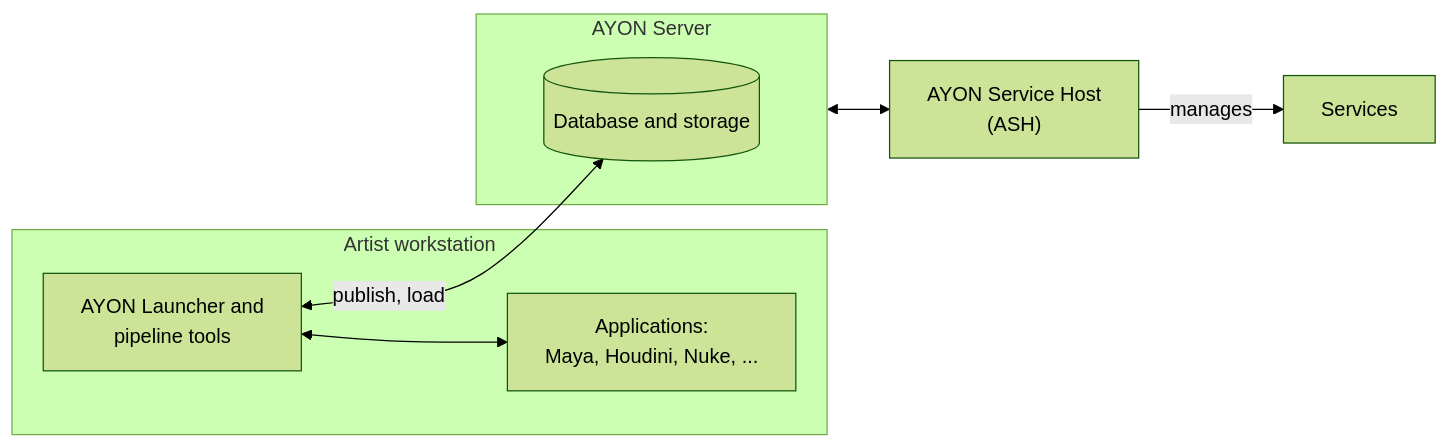
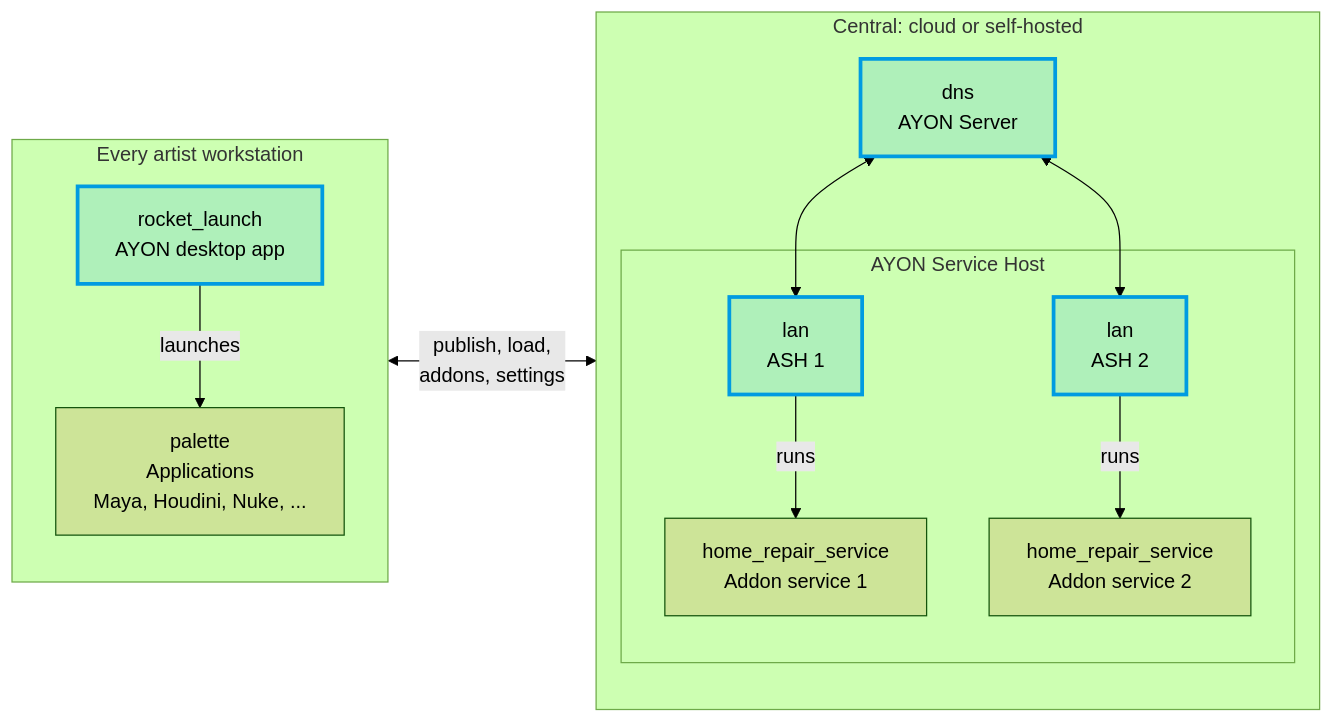
The diagram in website/docs/ayon/introduction.md (ynput/ayon-documentation), drawn with Mermaid (forest theme) before and after one commit. The commit also changed other lines of this file and 10 other files, not shown here.

````diff
--- a/website/docs/ayon/introduction.md
+++ b/website/docs/ayon/introduction.md
@@ -99,14 +109,20 @@
 ```mermaid
 flowchart LR
-  subgraph WS["Artist workstation"]
-    L["AYON Launcher and<br/>pipeline tools"] <--> D["Applications:<br/>Maya, Houdini, Nuke, ..."]
+  subgraph WS["Every artist workstation"]
+    direction TB
+    L["<span class='material-symbols-outlined'>rocket_launch</span><br/>AYON desktop app"] -->|launches| A["<span class='material-symbols-outlined'>palette</span><br/>Applications<br/>Maya, Houdini, Nuke, ..."]
   end
-  subgraph SV["AYON Server"]
-    DB[("Database and storage")]
+  subgraph ST["Central: cloud or self-hosted"]
+    direction TB
+    S["<span class='material-symbols-outlined'>dns</span><br/>AYON Server"]
+    subgraph H["AYON Service Host"]
+      AH["<span class='material-symbols-outlined'>lan</span><br/>ASH 1"] -->|runs| V["<span class='material-symbols-outlined'>home_repair_service</span><br/>Addon service 1"]
+      AH2["<span class='material-symbols-outlined'>lan</span><br/>ASH 2"] -->|runs| V2["<span class='material-symbols-outlined'>home_repair_service</span><br/>Addon service 2"]
+    end
+    S <--> AH2
+    S <--> AH
   end
-  H["AYON Service Host<br/>(ASH)"]
-  V["Services"]
-  L <-->|"publish, load"| DB
-  SV <--> H
-  H -->|manages| V
+  WS <-->|"publish, load,<br/>addons, settings"| ST
+  classDef main stroke:#009be1,stroke-width:3px,fill:#009be126
+  class L,S,AH,AH2 main
 ```
````
